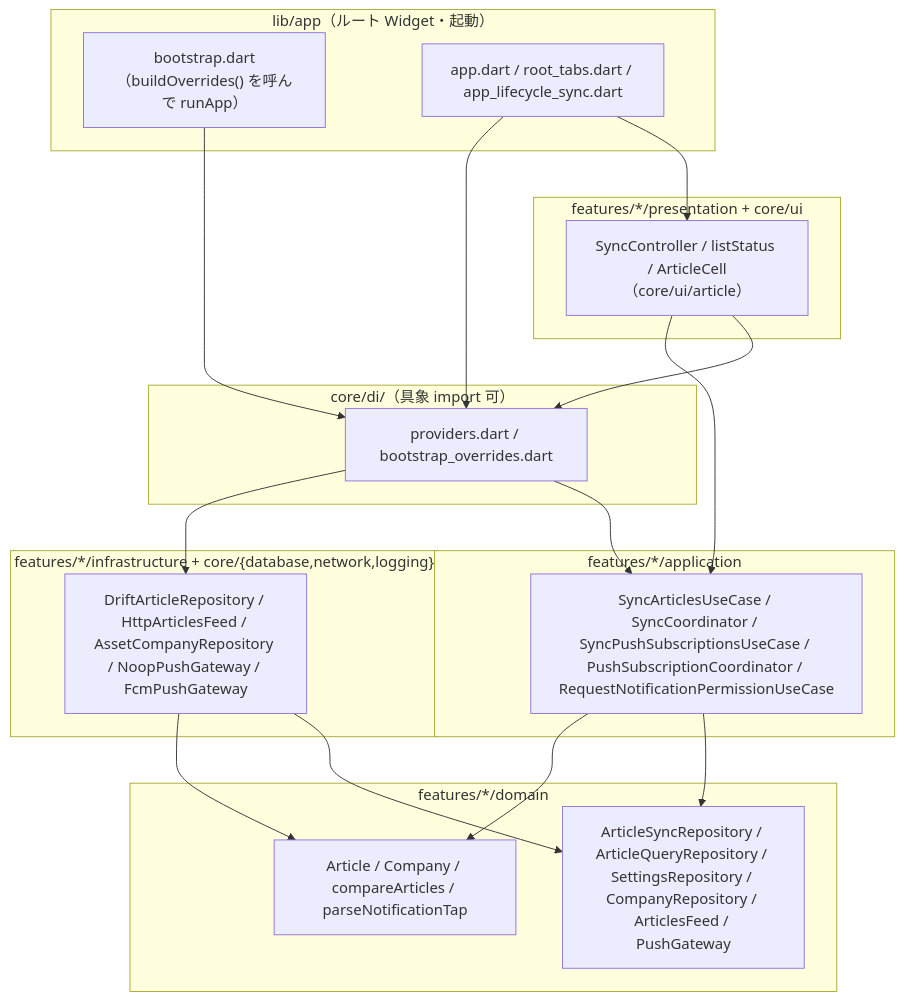
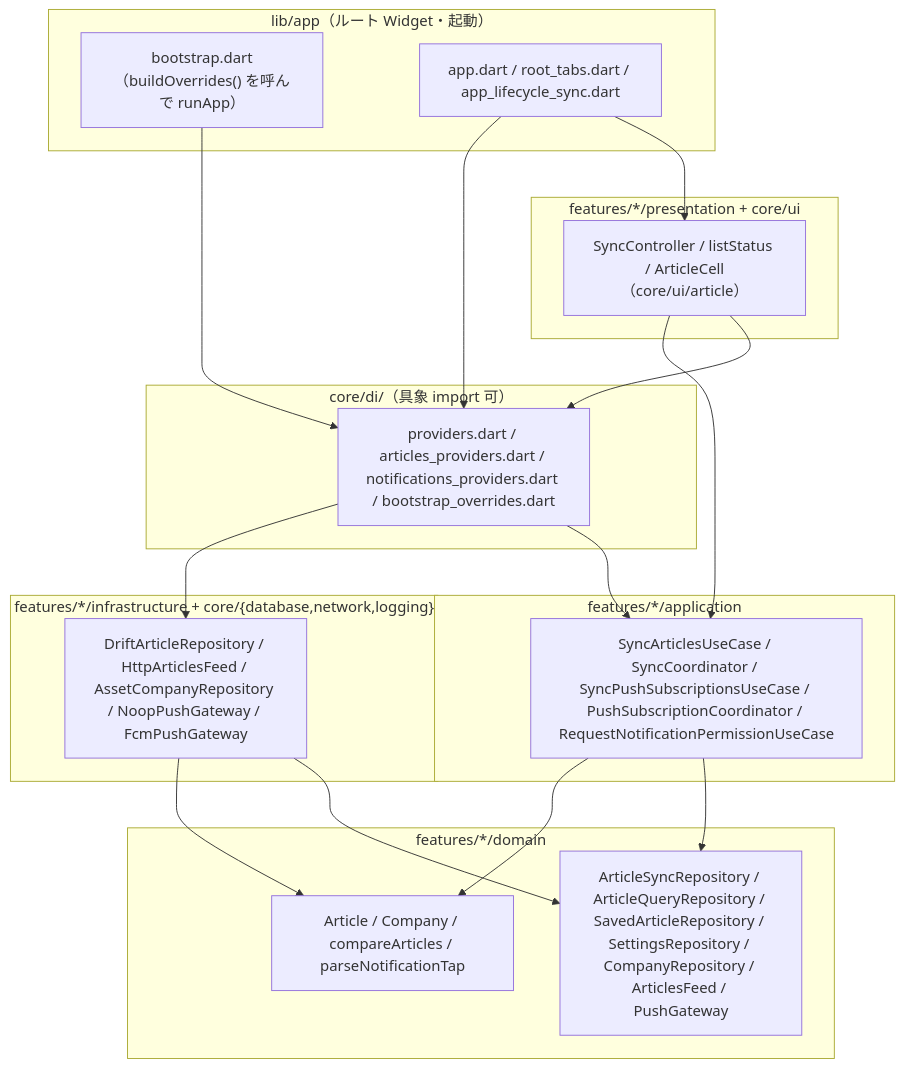
Before and after one commit to sss-kato/curtaincall: the first of 2 diagrams in docs/design/D-04.md, drawn with Mermaid. The commit also changed other lines of this file, not shown here.

````diff
--- a/docs/design/D-04.md
+++ b/docs/design/D-04.md
@@ -103,34 +132,34 @@
 ```mermaid
 flowchart TB
   subgraph APP["lib/app（ルート Widget・起動）"]
     BOOT["bootstrap.dart（buildOverrides() を呼んで runApp）"]
     ROOT["app.dart / root_tabs.dart / app_lifecycle_sync.dart"]
   end
   subgraph PRES["features/*/presentation + core/ui"]
     SC["SyncController / listStatus / ArticleCell（core/ui/article）"]
   end
   subgraph DI["core/di/（具象 import 可）"]
-    PV["providers.dart / bootstrap_overrides.dart"]
+    PV["providers.dart / articles_providers.dart / notifications_providers.dart / bootstrap_overrides.dart"]
   end
   subgraph APPL["features/*/application"]
     UC["SyncArticlesUseCase / SyncCoordinator / SyncPushSubscriptionsUseCase / PushSubscriptionCoordinator / RequestNotificationPermissionUseCase"]
   end
   subgraph DOM["features/*/domain"]
     ENT["Article / Company / compareArticles / parseNotificationTap"]
-    IF["ArticleSyncRepository / ArticleQueryRepository / SettingsRepository / CompanyRepository / ArticlesFeed / PushGateway"]
+    IF["ArticleSyncRepository / ArticleQueryRepository / SavedArticleRepository / SettingsRepository / CompanyRepository / ArticlesFeed / PushGateway"]
   end
   subgraph INFRA["features/*/infrastructure + core/{database,network,logging}"]
     IMPL["DriftArticleRepository / HttpArticlesFeed / AssetCompanyRepository / NoopPushGateway / FcmPushGateway"]
   end
   ROOT --> SC
   ROOT --> PV
   BOOT --> PV
   SC --> PV
   SC --> UC
   PV --> UC
   PV --> IMPL
   UC --> IF
   UC --> ENT
   IMPL --> IF
   IMPL --> ENT
 ```
````
